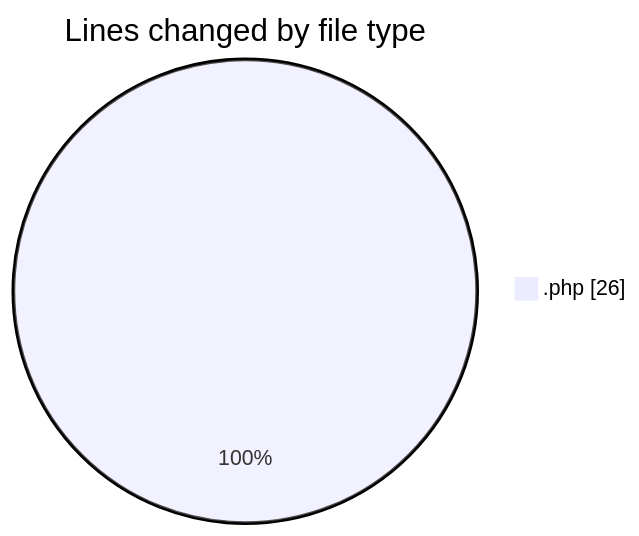
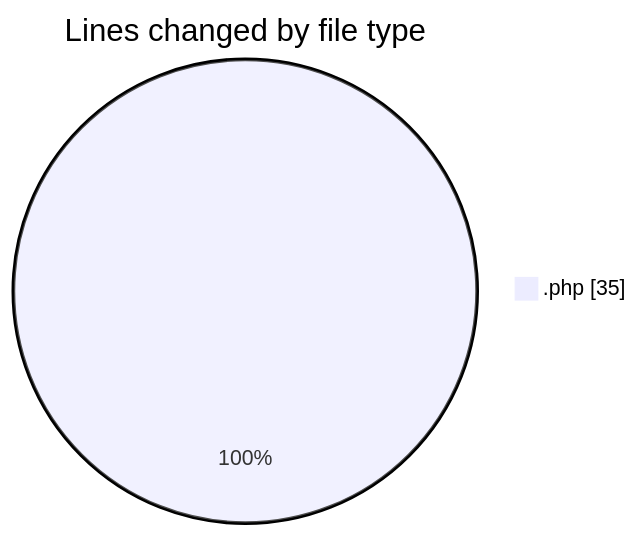
One commit to LanceThiago/code-tracking changed the first of 2 diagrams in 2026-08-31/web/README.md. Above: the diagram before and after it, drawn with Mermaid. The commit also changed other lines of this file and 1 other file, not shown here.

````diff
--- a/2026-08-31/web/README.md
+++ b/2026-08-31/web/README.md
@@ -20,5 +20,5 @@
 ```mermaid
 pie showData
 title Lines changed by file type
-".php" : 26
+".php" : 35
 ```
````
